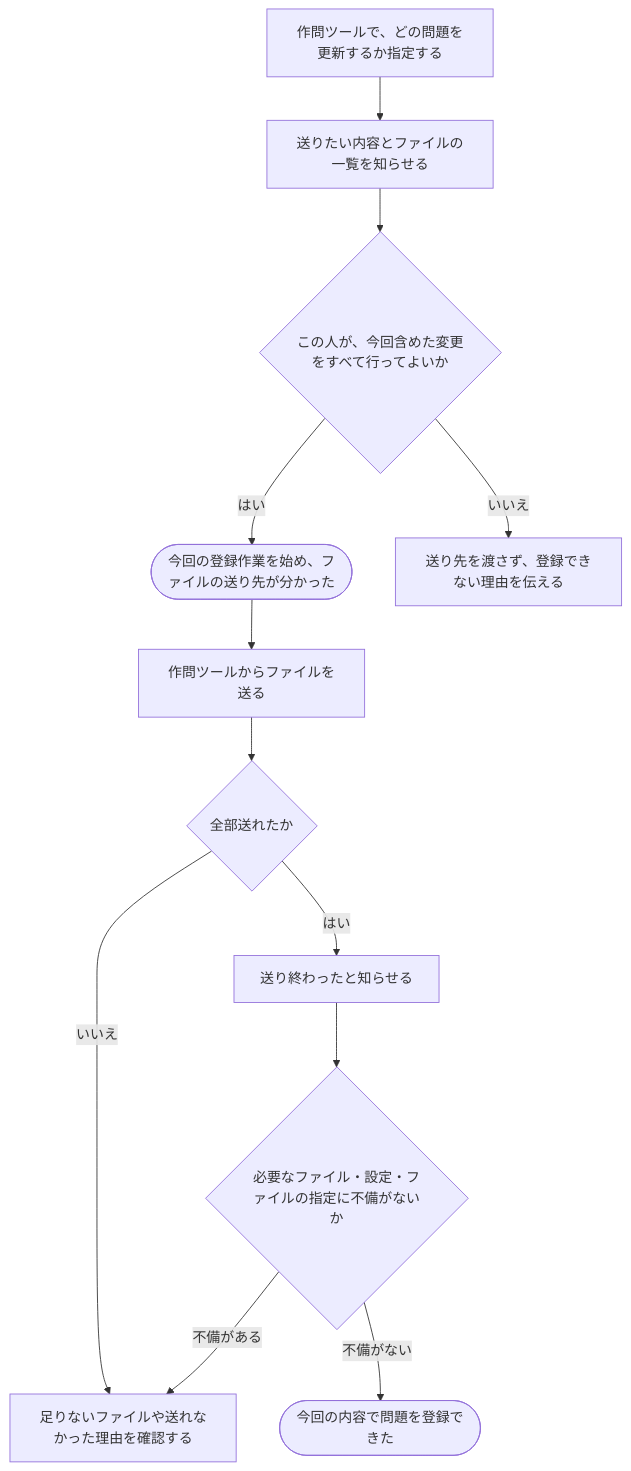
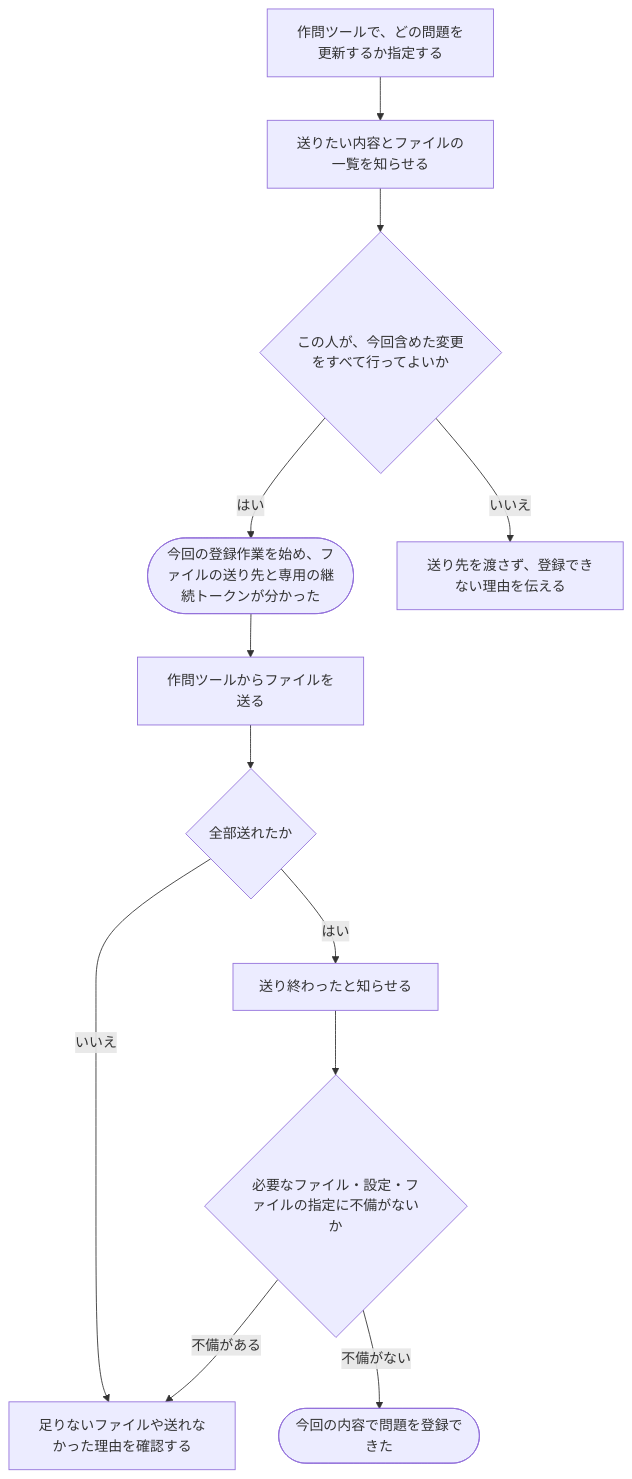
Before and after one commit to traP-jp/traOJudge: the diagram in docs/requirements/scenarios/problems/upload-problem-files.md, drawn with Mermaid. The commit also changed other lines of this file and 36 other files, not shown here.

First line of the commit message:
feat(authentication): Update email change and registration flows

````diff
--- a/docs/requirements/scenarios/problems/upload-problem-files.md
+++ b/docs/requirements/scenarios/problems/upload-problem-files.md
@@ -24,14 +24,14 @@
 ```mermaid
 flowchart TD
     A["作問ツールで、どの問題を更新するか指定する"] --> B["送りたい内容とファイルの一覧を知らせる"]
     B --> BX{"この人が、今回含めた変更をすべて行ってよいか"}
-    BX -->|はい| C(["今回の登録作業を始め、ファイルの送り先が分かった"])
+    BX -->|はい| C(["今回の登録作業を始め、ファイルの送り先と専用の継続トークンが分かった"])
     BX -->|いいえ| BY["送り先を渡さず、登録できない理由を伝える"]
     C --> D["作問ツールからファイルを送る"]
     D --> E{"全部送れたか"}
     E -->|いいえ| F["足りないファイルや送れなかった理由を確認する"]
     E -->|はい| G["送り終わったと知らせる"]
     G --> H{"必要なファイル・設定・ファイルの指定に不備がないか"}
     H -->|不備がある| F
     H -->|不備がない| I(["今回の内容で問題を登録できた"])
 ```
````
